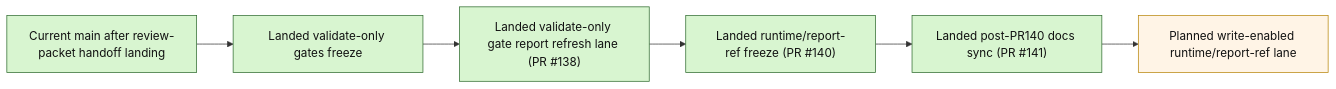
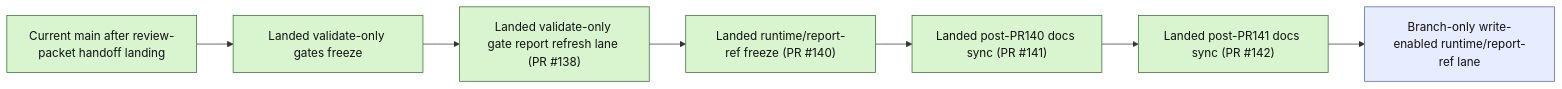
Before and after one commit to benjmcd/project6_REPO_MCP_FOLDER: the second of 2 diagrams in next_milestone_plans/layer3_progress_board.md, drawn with Mermaid. The commit also changed other lines of this file and 20 other files, not shown here.

Commit message:
feat(layer3): add validate-only runtime slice

````diff
--- a/next_milestone_plans/layer3_progress_board.md
+++ b/next_milestone_plans/layer3_progress_board.md
@@ -194,15 +195,16 @@
 ```mermaid
 flowchart LR
     A["Current main after review-packet handoff landing"] --> B["Landed validate-only gates freeze"]
     B --> C["Landed validate-only gate report refresh lane (PR #138)"]
     C --> D["Landed runtime/report-ref freeze (PR #140)"]
     D --> E["Landed post-PR140 docs sync (PR #141)"]
-    E --> F["Planned write-enabled runtime/report-ref lane"]
+    E --> F["Landed post-PR141 docs sync (PR #142)"]
+    F --> G["Branch-only write-enabled runtime/report-ref lane"]
 
     classDef done fill:#d8f5d0,stroke:#2f6b2f,color:#111;
-    classDef next fill:#fff4e6,stroke:#b8860b,color:#111;
+    classDef next fill:#e7edff,stroke:#4b63b3,color:#111;
     classDef future fill:#e8e8e8,stroke:#666,color:#111;
 
-    class A,B,C,D,E done;
-    class F next;
+    class A,B,C,D,E,F done;
+    class G next;
 ```
````
